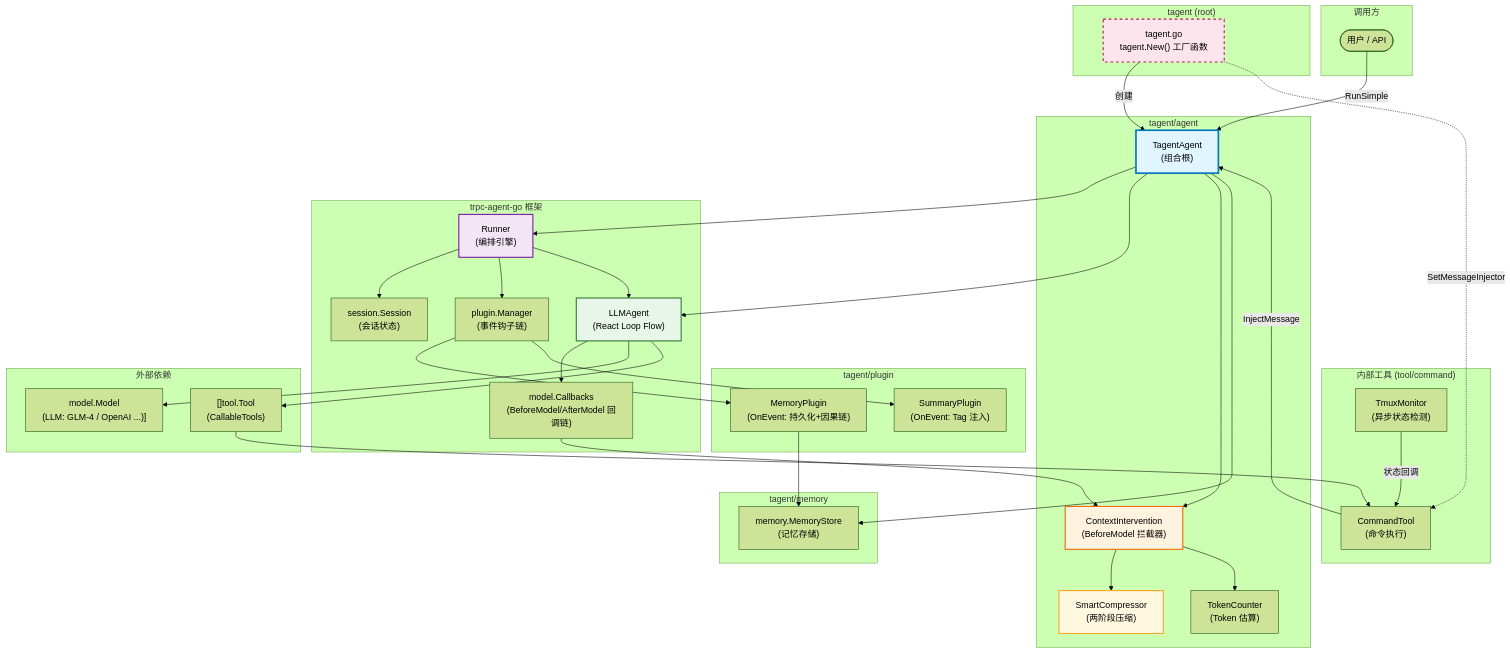
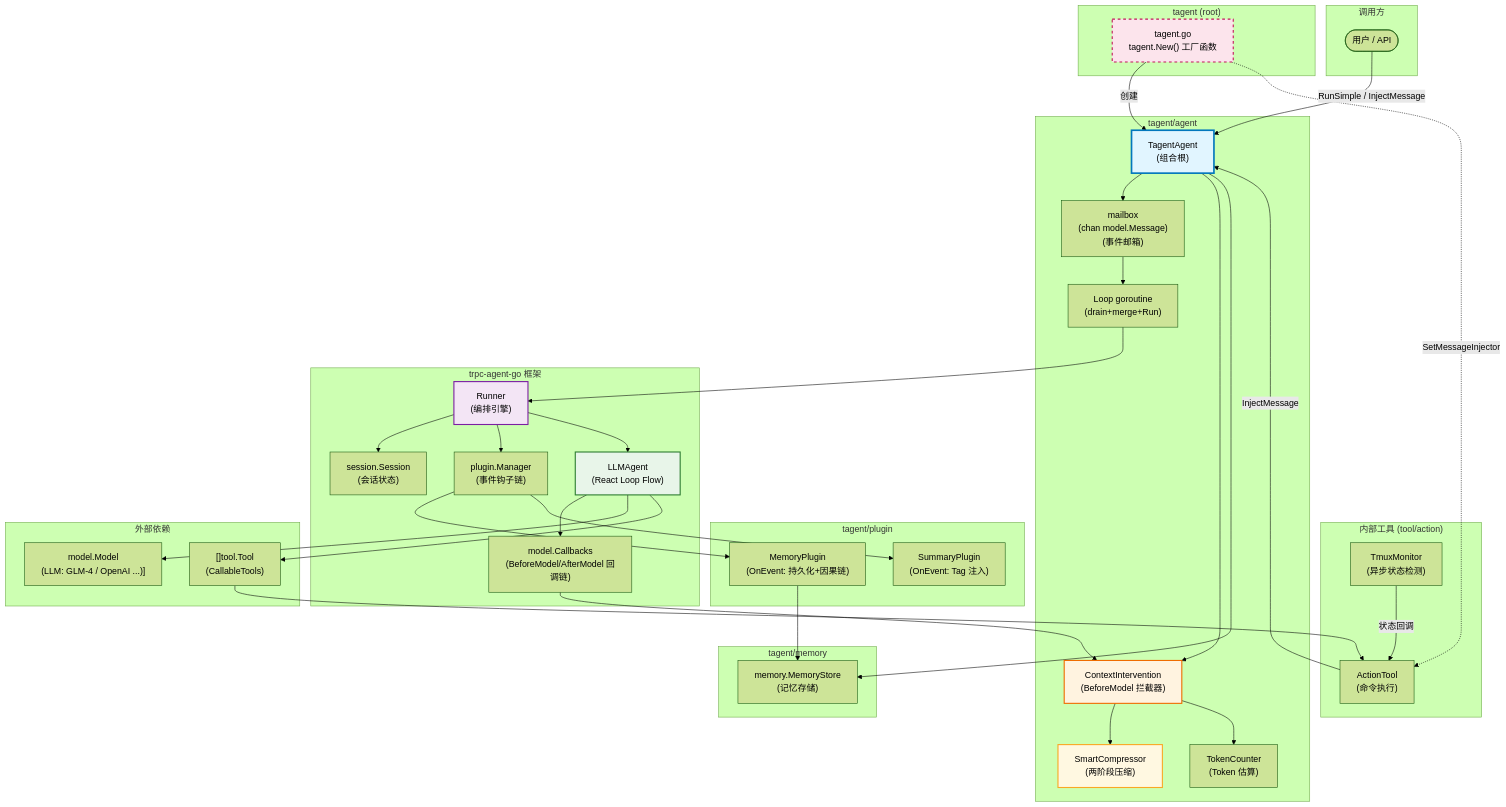
Before and after one commit to SpellingDragon/tagent: the first of 8 diagrams in docs/wiki/agent/agent-architecture.md, drawn with Mermaid (forest theme). The commit also changed other lines of this file and 109 other files, not shown here.

```diff
--- a/docs/wiki/agent/agent-architecture.md
+++ b/docs/wiki/agent/agent-architecture.md
@@ -25,6 +25,8 @@
 
     subgraph "tagent/agent"
         TA["TagentAgent\n(组合根)"]
+        MB["mailbox\n(chan model.Message)\n(事件邮箱)"]
+        LP["Loop goroutine\n(drain+merge+Run)"]
         CI["ContextIntervention\n(BeforeModel 拦截器)"]
         SC["SmartCompressor\n(两阶段压缩)"]
         TC["TokenCounter\n(Token 估算)"]
@@ -47,8 +49,8 @@
         MS["memory.MemoryStore\n(记忆存储)"]
     end
 
-    subgraph "内部工具 (tool/command)"
-        CmdTool["CommandTool\n(命令执行)"]
+    subgraph "内部工具 (tool/action)"
+        ActionTool["ActionTool\n(命令执行)"]
         Tmux["TmuxMonitor\n(异步状态检测)"]
     end
 
@@ -61,15 +63,16 @@
         KAH["tagent.go\ntagent.New() 工厂函数"]
     end
 
-    User -->|RunSimple| TA
+    User -->|RunSimple / InjectMessage| TA
 
-    TA --> Runner
-    TA --> LLMAgent
+    TA --> MB
+    MB --> LP
+    LP --> Runner
     TA --> CI
     TA --> MS
 
     KAH -->|创建| TA
-    KAH -.->|SetMessageInjector| CmdTool
+    KAH -.->|SetMessageInjector| ActionTool
 
     Runner --> Session
     Runner --> PluginManager
@@ -88,9 +91,9 @@
 
     MP --> MS
 
-    Tools --> CmdTool
-    Tmux -->|状态回调| CmdTool
-    CmdTool -->|InjectMessage| TA
+    Tools --> ActionTool
+    Tmux -->|状态回调| ActionTool
+    ActionTool -->|InjectMessage| TA
 
     style TA fill:#e1f5ff,stroke:#0277bd,stroke-width:3px
     style Runner fill:#f3e5f5,stroke:#7b1fa2,stroke-width:2px
```
